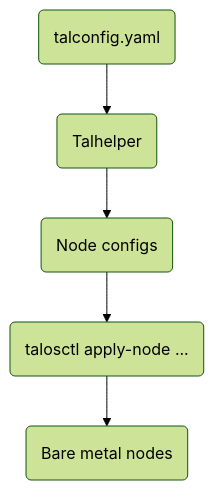
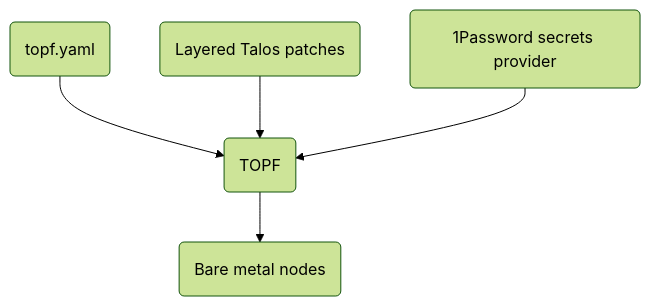
Before and after one commit to hbjydev/phoebe: the diagram in docs/components/infrastructure/talos.md, drawn with Mermaid (forest theme). The commit also changed other lines of this file and 40 other files, not shown here.

Commit message:
feat(talos): topf & talos -> 1.14

````diff
--- a/docs/components/infrastructure/talos.md
+++ b/docs/components/infrastructure/talos.md
@@ -14,8 +14,8 @@
 ```mermaid
 flowchart TD
-    talconfig(talconfig.yaml) --> talhelper
-    talhelper(Talhelper) --> nodecfg
-    nodecfg(Node configs) --> talosctl
-    talosctl(talosctl apply-node ...) --> nodes
+    topfconfig(topf.yaml) --> topf(TOPF)
+    patches(Layered Talos patches) --> topf
+    secrets(1Password secrets provider) --> topf
+    topf --> nodes
     nodes(Bare metal nodes)
 ```
````
